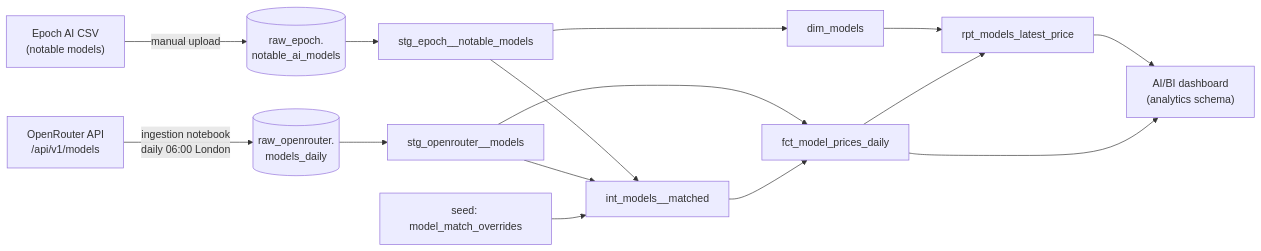
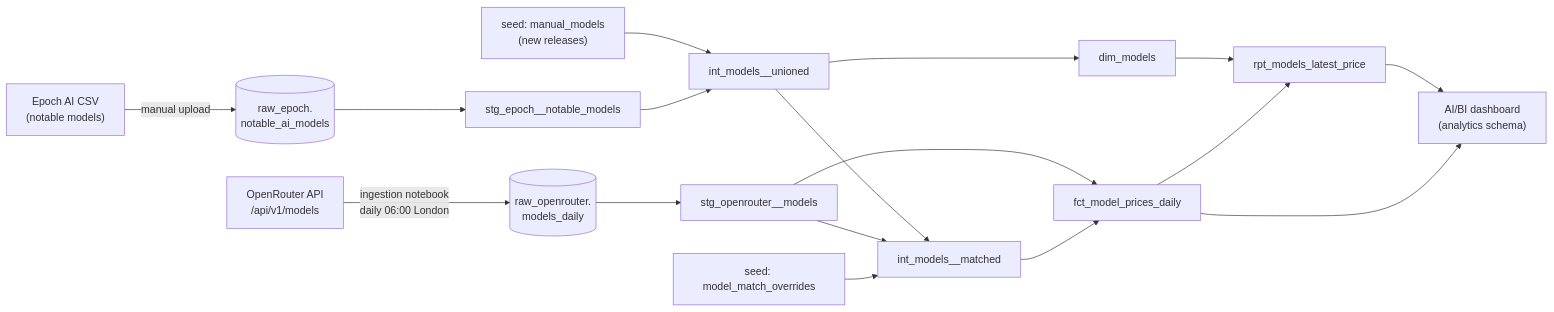
One commit to Nicholas-create/dbt-databricks-sandbox changed the first of 2 diagrams in README.md. Above: the diagram before and after it, drawn with Mermaid. The commit also changed other lines of this file and 14 other files, not shown here.

First line of the commit message:
Add a manual model list for releases Epoch doesn't list yet

````diff
--- a/README.md
+++ b/README.md
@@ -50,22 +50,24 @@
 ```mermaid
 flowchart LR
     epoch_csv["Epoch AI CSV<br/>(notable models)"] -->|manual upload| raw_epoch[("raw_epoch.<br/>notable_ai_models")]
     or_api["OpenRouter API<br/>/api/v1/models"] -->|"ingestion notebook<br/>daily 06:00 London"| raw_or[("raw_openrouter.<br/>models_daily")]
 
     raw_epoch --> stg_epoch["stg_epoch__notable_models"]
     raw_or --> stg_or["stg_openrouter__models"]
 
-    stg_epoch --> int_matched["int_models__matched"]
+    seed_models["seed: manual_models<br/>(new releases)"] --> int_union_models["int_models__unioned"]
+    stg_epoch --> int_union_models
+    int_union_models --> int_matched["int_models__matched"]
     stg_or --> int_matched
     seed["seed: model_match_overrides"] --> int_matched
 
-    stg_epoch --> dim["dim_models"]
+    int_union_models --> dim["dim_models"]
     stg_or --> fct["fct_model_prices_daily"]
     int_matched --> fct
 
     dim --> rpt["rpt_models_latest_price"]
     fct --> rpt
 
     rpt --> dash["AI/BI dashboard<br/>(analytics schema)"]
     fct --> dash
 ```
````
